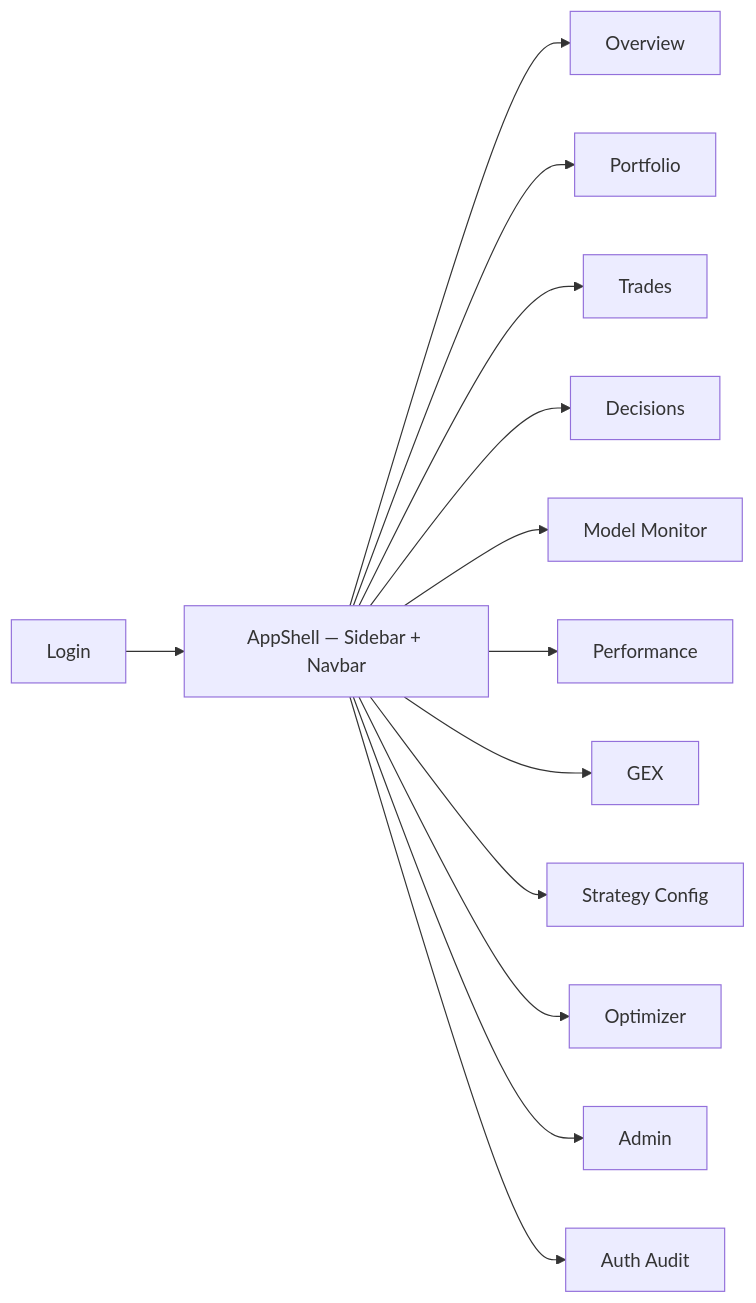
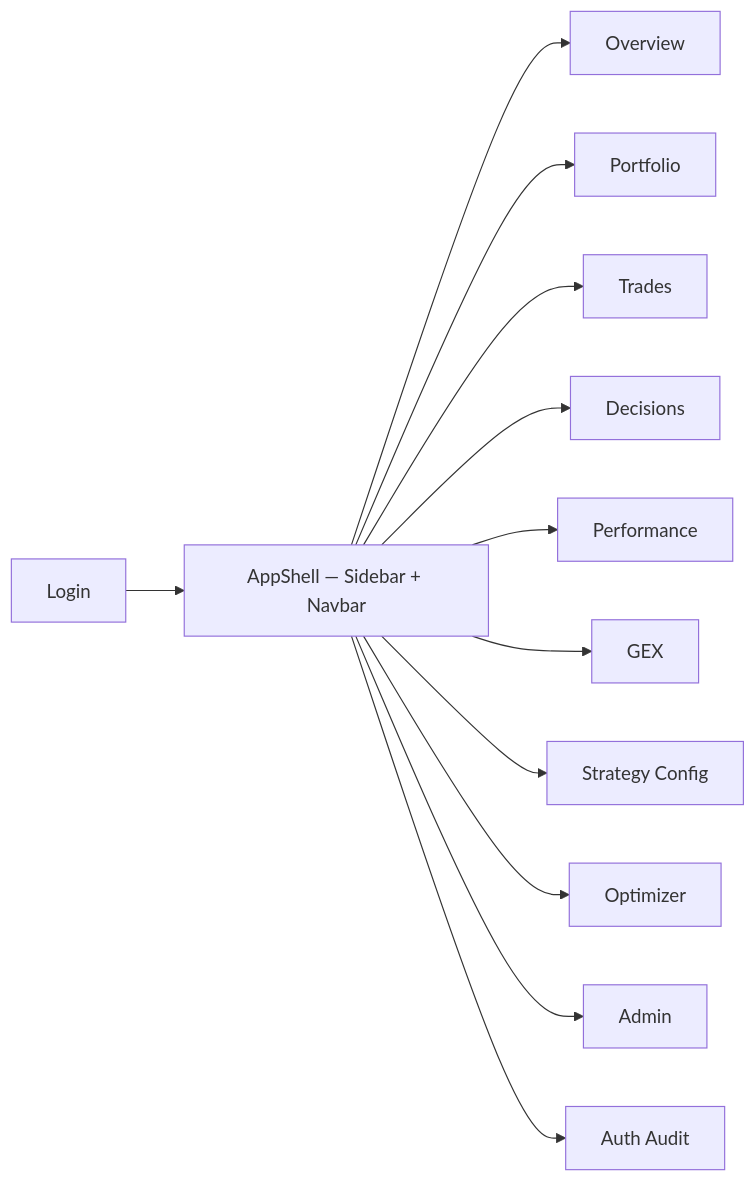
Before and after one commit to Incarnation/Index_spread_lab: the first of 2 diagrams in frontend/README.md, drawn with Mermaid. The commit also changed other lines of this file and 56 other files, not shown here.

````diff
--- a/frontend/README.md
+++ b/frontend/README.md
@@ -21,15 +21,14 @@
 ```mermaid
 flowchart LR
   Login --> Shell["AppShell — Sidebar + Navbar"]
   Shell --> Overview
   Shell --> Portfolio
   Shell --> Trades
   Shell --> Decisions
-  Shell --> ModelMonitor["Model Monitor"]
   Shell --> Performance
   Shell --> GEX
   Shell --> Strategy["Strategy Config"]
   Shell --> Optimizer
   Shell --> Admin
   Shell --> AuthAudit["Auth Audit"]
 ```
````
